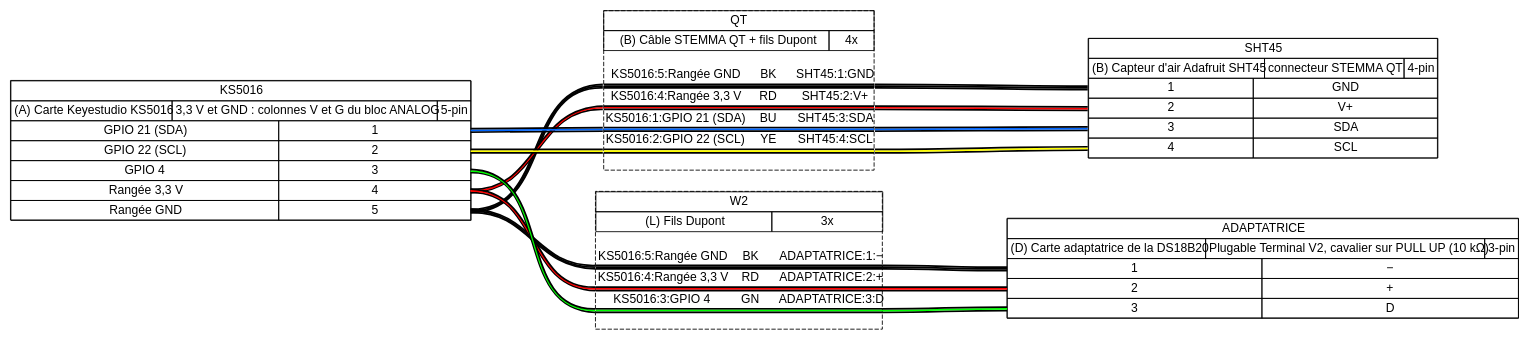
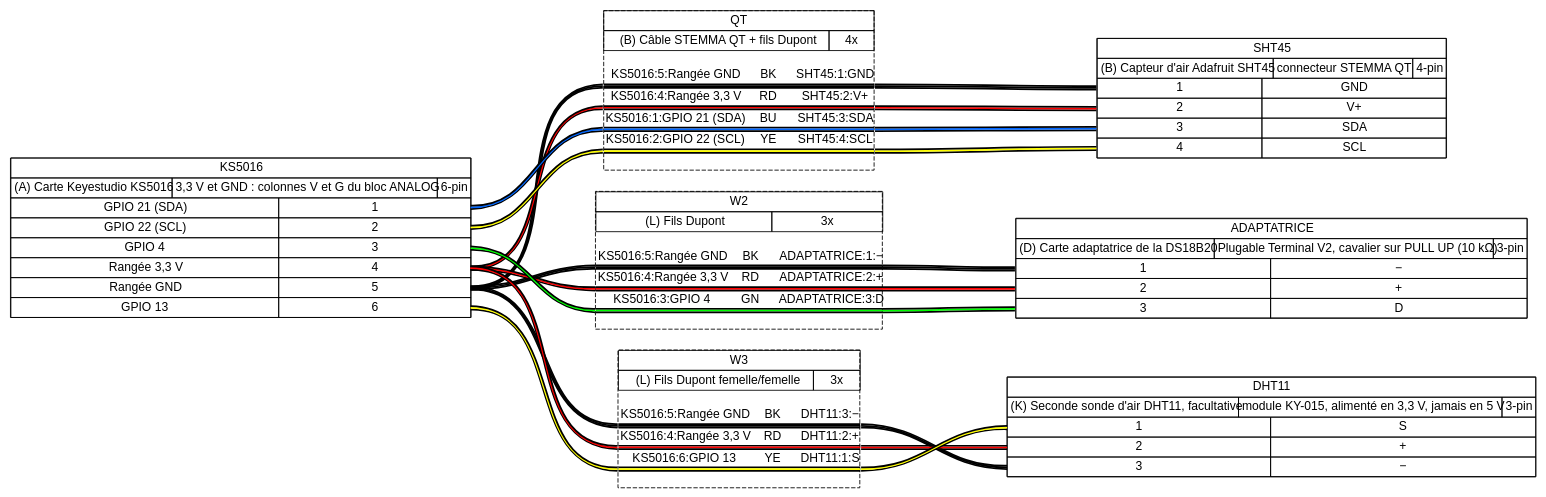
Before and after one commit to sskorupski/ssk-terrarium: the diagram in docs/notice/phase-1/capteurs.gv, drawn with Graphviz. The commit also changed 6 other files, not shown here.

```diff
--- a/docs/notice/phase-1/capteurs.gv
+++ b/docs/notice/phase-1/capteurs.gv
@@ -15,7 +15,7 @@
   <table border="0" cellspacing="0" cellpadding="3" cellborder="1"><tr>
    <td balign="left">(A) Carte Keyestudio KS5016</td>
    <td balign="left">3,3 V et GND : colonnes V et G du bloc ANALOG</td>
-   <td balign="left">5-pin</td>
+   <td balign="left">6-pin</td>
   </tr></table>
  </td></tr>
  <tr><td>
@@ -39,6 +39,10 @@
    <tr>
     <td>Rangée GND</td>
     <td port="p5r">5</td>
+   </tr>
+   <tr>
+    <td>GPIO 13</td>
+    <td port="p6r">6</td>
    </tr>
   </table>
  </td></tr>
@@ -107,6 +111,38 @@
    <tr>
     <td port="p3l">3</td>
     <td>D</td>
+   </tr>
+  </table>
+ </td></tr>
+</table>
+> fillcolor="#FFFFFF" shape=box style=filled]
+	DHT11 [label=<
+<table border="0" cellspacing="0" cellpadding="0">
+ <tr><td>
+  <table border="0" cellspacing="0" cellpadding="3" cellborder="1"><tr>
+   <td balign="left">DHT11</td>
+  </tr></table>
+ </td></tr>
+ <tr><td>
+  <table border="0" cellspacing="0" cellpadding="3" cellborder="1"><tr>
+   <td balign="left">(K) Seconde sonde d'air DHT11, facultative</td>
+   <td balign="left">module KY-015, alimenté en 3,3 V, jamais en 5 V</td>
+   <td balign="left">3-pin</td>
+  </tr></table>
+ </td></tr>
+ <tr><td>
+  <table border="0" cellspacing="0" cellpadding="3" cellborder="1">
+   <tr>
+    <td port="p1l">1</td>
+    <td>S</td>
+   </tr>
+   <tr>
+    <td port="p2l">2</td>
+    <td>+</td>
+   </tr>
+   <tr>
+    <td port="p3l">3</td>
+    <td>−</td>
    </tr>
   </table>
  </td></tr>
@@ -287,4 +323,82 @@
  </td></tr>
 </table>
 > fillcolor="#FFFFFF" shape=box style="filled,dashed"]
+	edge [color="#000000:#000000:#000000"]
+	KS5016:p5r:e -- W3:w1:w
+	W3:w1:e -- DHT11:p3l:w
+	edge [color="#000000:#ff0000:#000000"]
+	KS5016:p4r:e -- W3:w2:w
+	W3:w2:e -- DHT11:p2l:w
+	edge [color="#000000:#ffff00:#000000"]
+	KS5016:p6r:e -- W3:w3:w
+	W3:w3:e -- DHT11:p1l:w
+	W3 [label=<
+<table border="0" cellspacing="0" cellpadding="0">
+ <tr><td>
+  <table border="0" cellspacing="0" cellpadding="3" cellborder="1"><tr>
+   <td balign="left">W3</td>
+  </tr></table>
+ </td></tr>
+ <tr><td>
+  <table border="0" cellspacing="0" cellpadding="3" cellborder="1"><tr>
+   <td balign="left">(L) Fils Dupont femelle/femelle</td>
+   <td balign="left">3x</td>
+  </tr></table>
+ </td></tr>
+ <tr><td>
+  <table border="0" cellspacing="0" cellborder="0">
+   <tr><td>&nbsp;</td></tr>
+   <tr>
+    <td>KS5016:5:Rangée GND</td>
+    <td>
+     BK
+    </td>
+    <td>DHT11:3:−</td>
+   </tr>
+   <tr>
+    <td colspan="3" border="0" cellspacing="0" cellpadding="0" port="w1" height="6">
+     <table cellspacing="0" cellborder="0" border="0">
+      <tr><td colspan="3" cellpadding="0" height="2" bgcolor="#000000" border="0"></td></tr>
+      <tr><td colspan="3" cellpadding="0" height="2" bgcolor="#000000" border="0"></td></tr>
+      <tr><td colspan="3" cellpadding="0" height="2" bgcolor="#000000" border="0"></td></tr>
+     </table>
+    </td>
+   </tr>
+   <tr>
+    <td>KS5016:4:Rangée 3,3 V</td>
+    <td>
+     RD
+    </td>
+    <td>DHT11:2:+</td>
+   </tr>
+   <tr>
+    <td colspan="3" border="0" cellspacing="0" cellpadding="0" port="w2" height="6">
+     <table cellspacing="0" cellborder="0" border="0">
+      <tr><td colspan="3" cellpadding="0" height="2" bgcolor="#000000" border="0"></td></tr>
+      <tr><td colspan="3" cellpadding="0" height="2" bgcolor="#ff0000" border="0"></td></tr>
+      <tr><td colspan="3" cellpadding="0" height="2" bgcolor="#000000" border="0"></td></tr>
+     </table>
+    </td>
+   </tr>
+   <tr>
+    <td>KS5016:6:GPIO 13</td>
+    <td>
+     YE
+    </td>
+    <td>DHT11:1:S</td>
+   </tr>
+   <tr>
+    <td colspan="3" border="0" cellspacing="0" cellpadding="0" port="w3" height="6">
+     <table cellspacing="0" cellborder="0" border="0">
+      <tr><td colspan="3" cellpadding="0" height="2" bgcolor="#000000" border="0"></td></tr>
+      <tr><td colspan="3" cellpadding="0" height="2" bgcolor="#ffff00" border="0"></td></tr>
+      <tr><td colspan="3" cellpadding="0" height="2" bgcolor="#000000" border="0"></td></tr>
+     </table>
+    </td>
+   </tr>
+   <tr><td>&nbsp;</td></tr>
+  </table>
+ </td></tr>
+</table>
+> fillcolor="#FFFFFF" shape=box style="filled,dashed"]
 }
```
